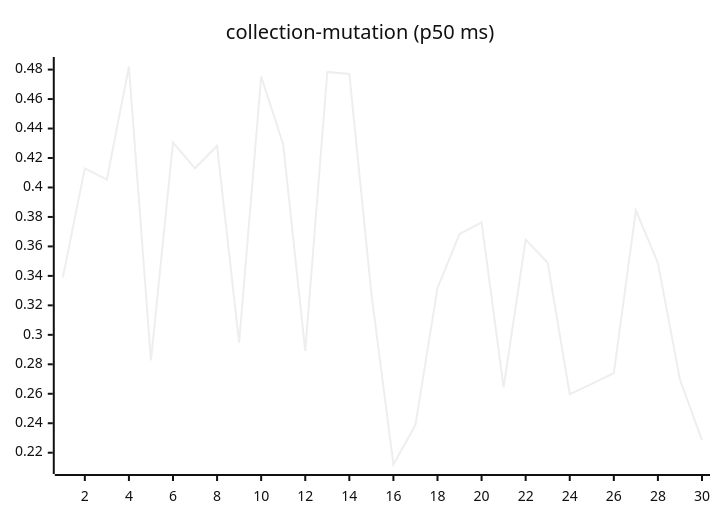
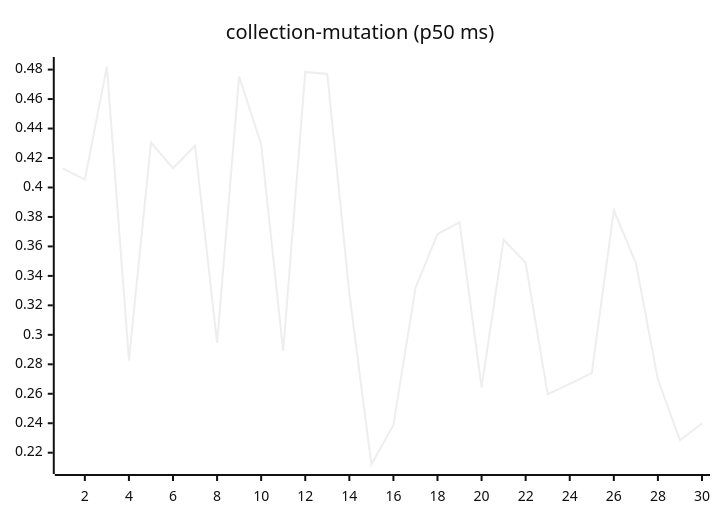
One commit to josha/Facet changed the sixth of 27 diagrams in README.md. Above: the diagram before and after it, drawn with Mermaid (neutral theme). The commit also changed other lines of this file and 2 other files, not shown here.

````diff
--- a/README.md
+++ b/README.md
@@ -98,6 +98,6 @@
 ```mermaid
 xychart-beta
     title "collection-mutation (p50 ms)"
     x-axis 1 --> 30
-    line [0.3389, 0.4129, 0.4054, 0.4821, 0.2826, 0.4305, 0.4130, 0.4283, 0.2946, 0.4753, 0.4292, 0.2890, 0.4784, 0.4770, 0.3282, 0.2120, 0.2388, 0.3318, 0.3684, 0.3763, 0.2643, 0.3646, 0.3489, 0.2597, 0.2667, 0.2740, 0.3845, 0.3488, 0.2697, 0.2285]
+    line [0.4129, 0.4054, 0.4821, 0.2826, 0.4305, 0.4130, 0.4283, 0.2946, 0.4753, 0.4292, 0.2890, 0.4784, 0.4770, 0.3282, 0.2120, 0.2388, 0.3318, 0.3684, 0.3763, 0.2643, 0.3646, 0.3489, 0.2597, 0.2667, 0.2740, 0.3845, 0.3488, 0.2697, 0.2285, 0.2398]
 ```
````
